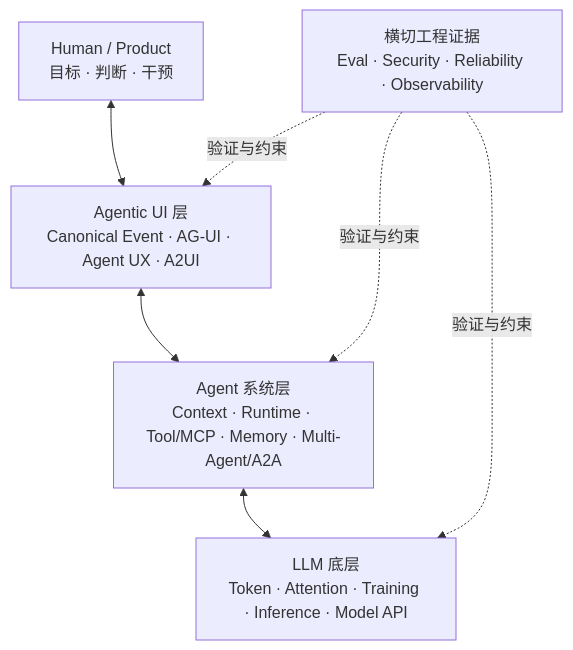
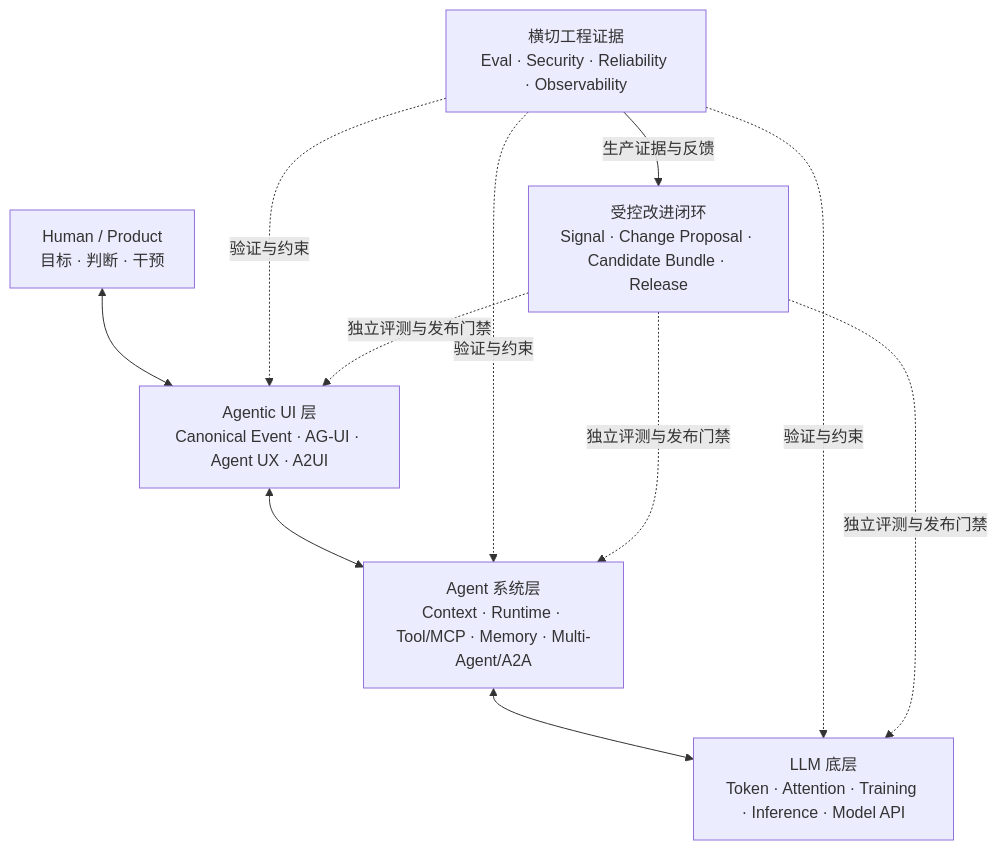
The first of 2 diagrams in site/index.md (whatthehan/masterpiece-static-docs), drawn with Mermaid before and after one commit. The commit also changed other lines of this file and 144 other files, not shown here.

````diff
--- a/site/index.md
+++ b/site/index.md
@@ -13,15 +13,20 @@
 ```mermaid
 flowchart TB
     H["Human / Product<br/>目标 · 判断 · 干预"]
     U["Agentic UI 层<br/>Canonical Event · AG-UI · Agent UX · A2UI"]
     A["Agent 系统层<br/>Context · Runtime · Tool/MCP · Memory · Multi-Agent/A2A"]
     L["LLM 底层<br/>Token · Attention · Training · Inference · Model API"]
     E["横切工程证据<br/>Eval · Security · Reliability · Observability"]
+    I["受控改进闭环<br/>Signal · Change Proposal · Candidate Bundle · Release"]
 
     H <--> U
     U <--> A
     A <--> L
     E -.->|"验证与约束"| U
     E -.->|"验证与约束"| A
     E -.->|"验证与约束"| L
+    E -->|"生产证据与反馈"| I
+    I -.->|"独立评测与发布门禁"| U
+    I -.->|"独立评测与发布门禁"| A
+    I -.->|"独立评测与发布门禁"| L
 ```
````
